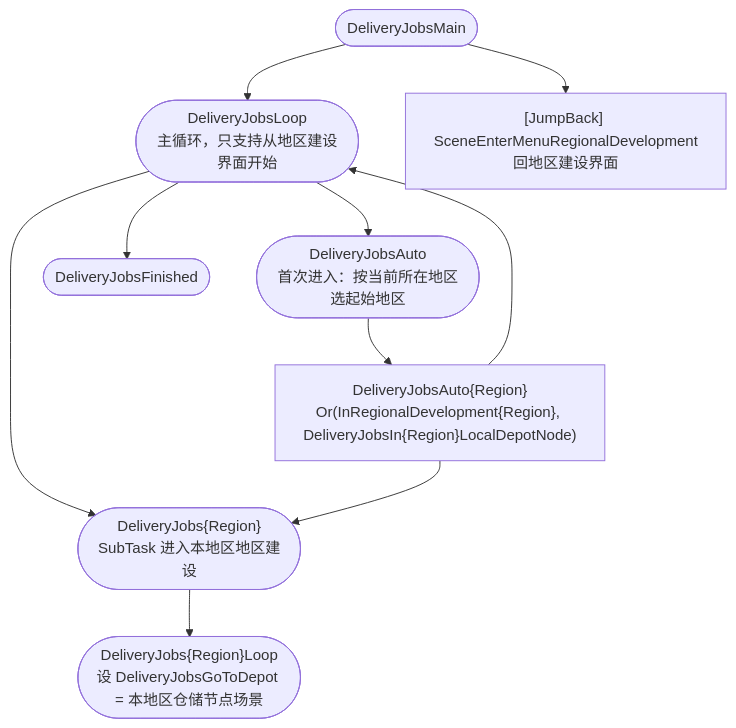
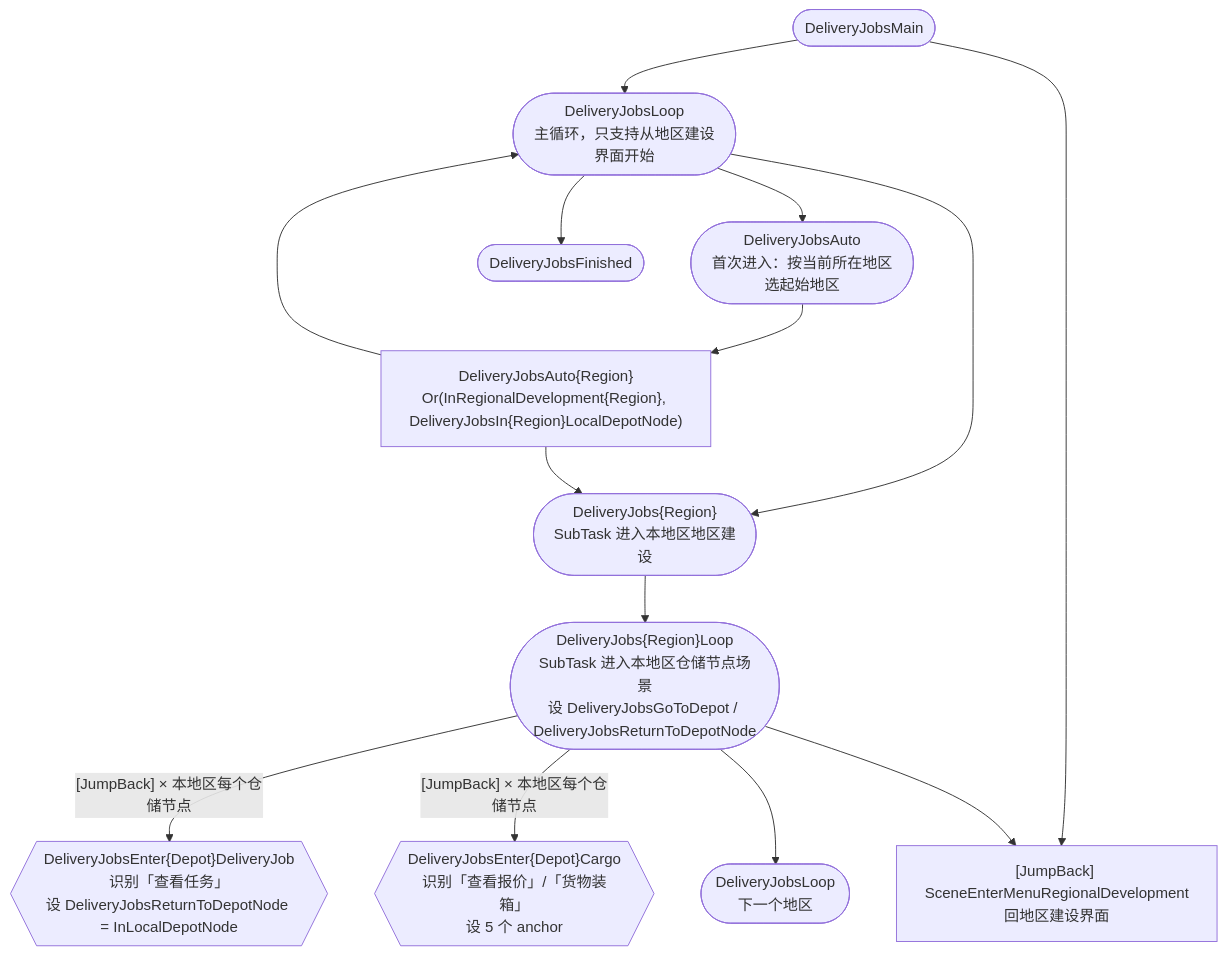
The first of 6 diagrams in docs/zh_cn/developers/tasks/delivery-jobs-maintain.md (MaaEnd/MaaEnd), drawn with Mermaid before and after one commit. The commit also changed other lines of this file, not shown here.

First line of the commit message:
docs(DeliveryJobs): 重写转交委托维护文档

````diff
--- a/docs/zh_cn/developers/tasks/delivery-jobs-maintain.md
+++ b/docs/zh_cn/developers/tasks/delivery-jobs-maintain.md
@@ -32,12 +26,16 @@
 ```mermaid
 flowchart TD
     Main(["DeliveryJobsMain"]) --> Loop(["DeliveryJobsLoop\n主循环，只支持从地区建设界面开始"])
     Main --> Menu["[JumpBack] SceneEnterMenuRegionalDevelopment\n回地区建设界面"]
     Loop --> Auto(["DeliveryJobsAuto\n首次进入：按当前所在地区选起始地区"])
     Loop --> RTask(["DeliveryJobs{Region}\nSubTask 进入本地区地区建设"])
     Loop --> Fin(["DeliveryJobsFinished"])
     Auto --> RAuto["DeliveryJobsAuto{Region}\nOr(InRegionalDevelopment{Region}, DeliveryJobsIn{Region}LocalDepotNode)"]
     RAuto --> RTask
     RAuto --> Loop
-    RTask --> RLoop(["DeliveryJobs{Region}Loop\n设 DeliveryJobsGoToDepot = 本地区仓储节点场景"])
+    RTask --> RLoop(["DeliveryJobs{Region}Loop\nSubTask 进入本地区仓储节点场景\n设 DeliveryJobsGoToDepot / DeliveryJobsReturnToDepotNode"])
+    RLoop -->|"[JumpBack] × 本地区每个仓储节点"| EJob{{"DeliveryJobsEnter{Depot}DeliveryJob\n识别「查看任务」\n设 DeliveryJobsReturnToDepotNode = InLocalDepotNode"}}
+    RLoop -->|"[JumpBack] × 本地区每个仓储节点"| ECargo{{"DeliveryJobsEnter{Depot}Cargo\n识别「查看报价」/「货物装箱」\n设 5 个 anchor"}}
+    RLoop --> Next(["DeliveryJobsLoop\n下一个地区"])
+    RLoop --> Menu
 ```
````
